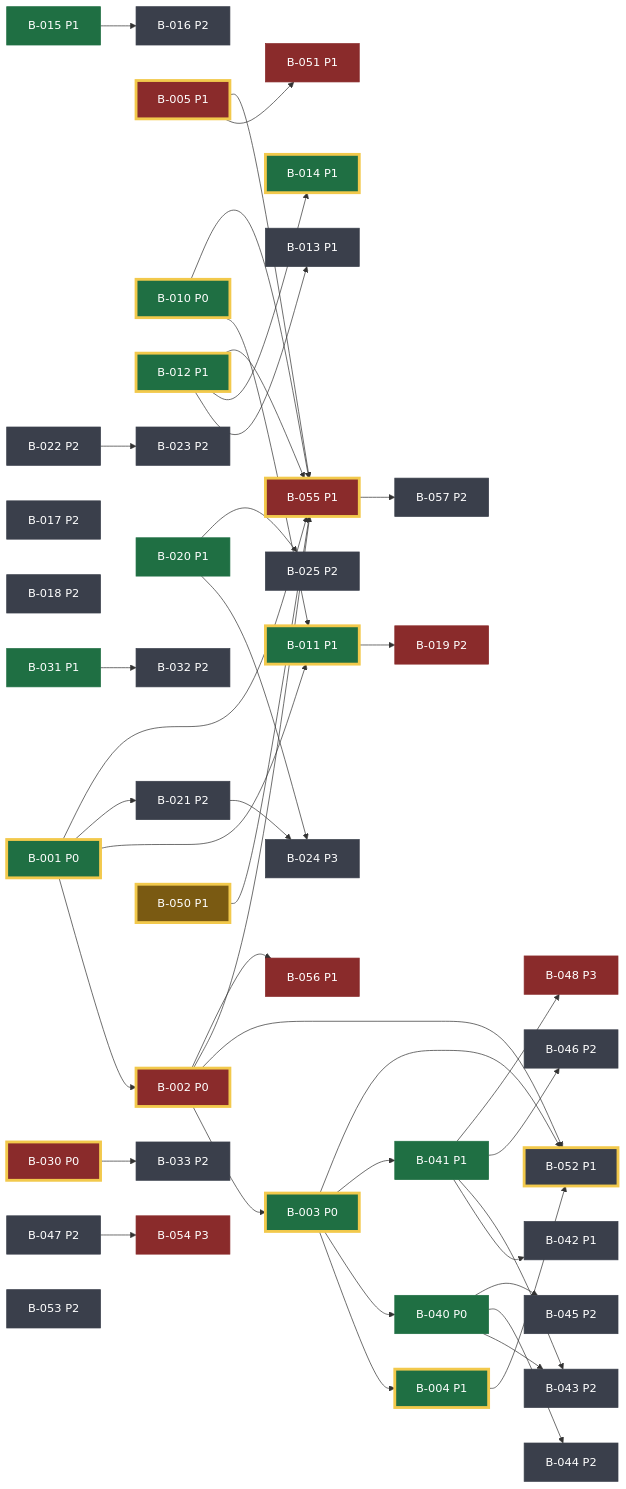
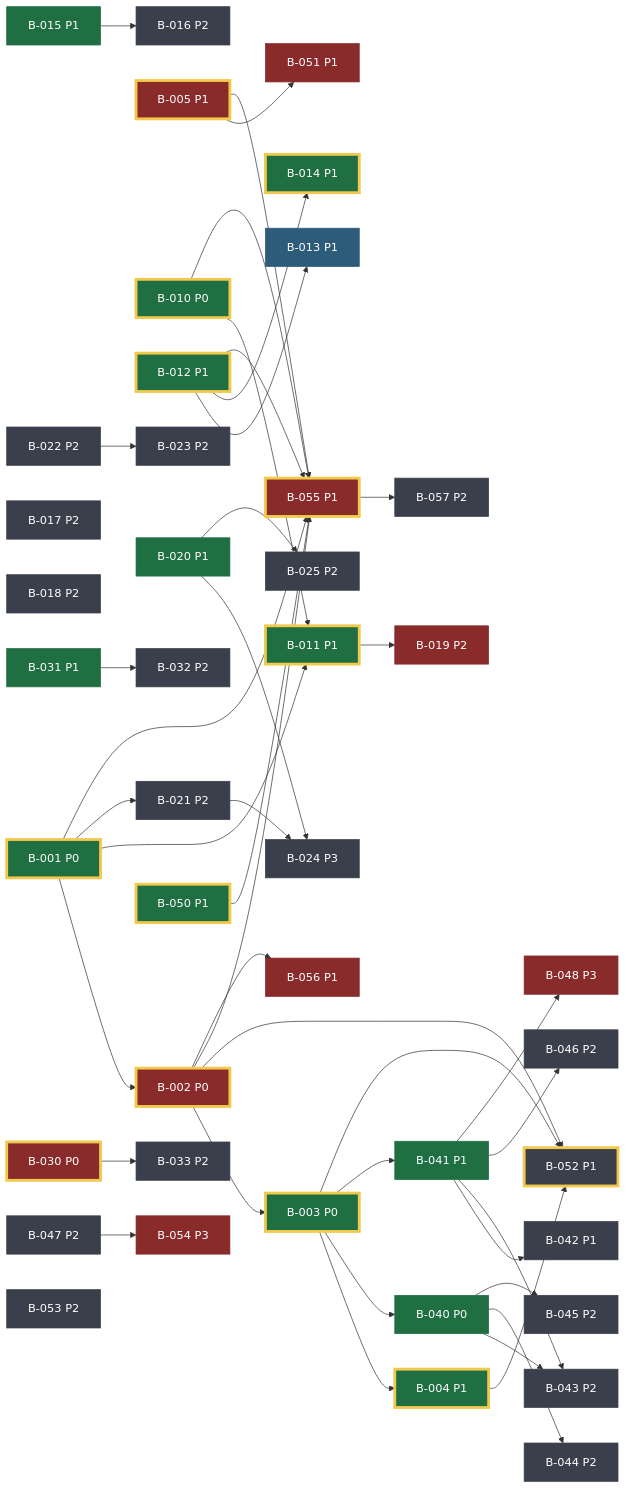
One commit to SaginbekDaniel/SYNAPTIC-LABS changed the diagram in docs/handoff/DEPENDENCY_MAP.md. Above: the diagram before and after it, drawn with Mermaid. The commit also changed 8 other files, not shown here.

```diff
--- a/docs/handoff/DEPENDENCY_MAP.md
+++ b/docs/handoff/DEPENDENCY_MAP.md
@@ -22,7 +22,7 @@
   B010["B-010 P0"]:::done
   B011["B-011 P1"]:::done
   B012["B-012 P1"]:::done
-  B013["B-013 P1"]:::todo
+  B013["B-013 P1"]:::verified
   B014["B-014 P1"]:::done
   B015["B-015 P1"]:::done
   B016["B-016 P2"]:::todo
@@ -48,7 +48,7 @@
   B046["B-046 P2"]:::todo
   B047["B-047 P2"]:::todo
   B048["B-048 P3"]:::blocked
-  B050["B-050 P1"]:::implemented
+  B050["B-050 P1"]:::done
   B051["B-051 P1"]:::blocked
   B052["B-052 P1"]:::todo
   B053["B-053 P2"]:::todo
```
